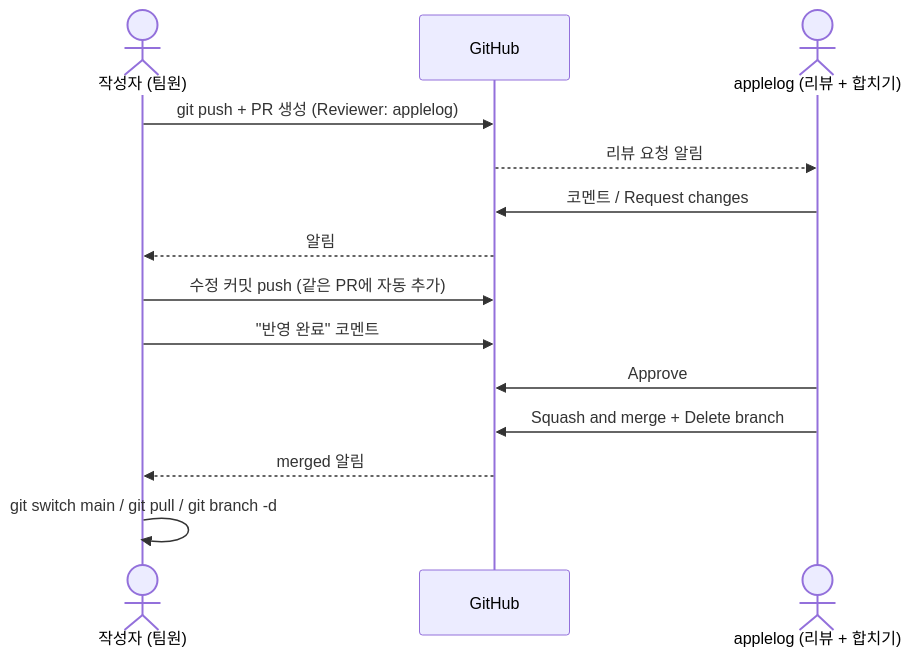
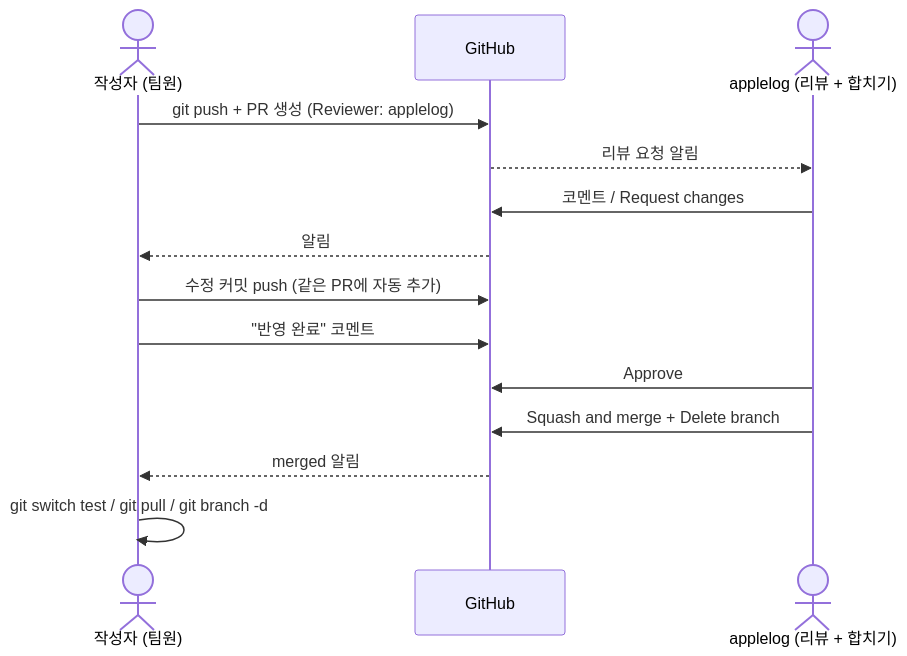
One commit to applelog/fashion-mnist-optimization-team-project changed the third of 3 diagrams in 협업가이드.md. Above: the diagram before and after it, drawn with Mermaid. The commit also changed other lines of this file and 35 other files, not shown here.

````diff
--- a/협업가이드.md
+++ b/협업가이드.md
@@ -538,16 +528,16 @@
 ```mermaid
 sequenceDiagram
     actor 작성자 as 작성자 (팀원)
     participant GH as GitHub
     actor 관리자 as applelog (리뷰 + 합치기)
     작성자->>GH: git push + PR 생성 (Reviewer: applelog)
     GH-->>관리자: 리뷰 요청 알림
     관리자->>GH: 코멘트 / Request changes
     GH-->>작성자: 알림
     작성자->>GH: 수정 커밋 push (같은 PR에 자동 추가)
     작성자->>GH: "반영 완료" 코멘트
     관리자->>GH: Approve
     관리자->>GH: Squash and merge + Delete branch
     GH-->>작성자: merged 알림
-    작성자->>작성자: git switch main / git pull / git branch -d
+    작성자->>작성자: git switch test / git pull / git branch -d
 ```
````
